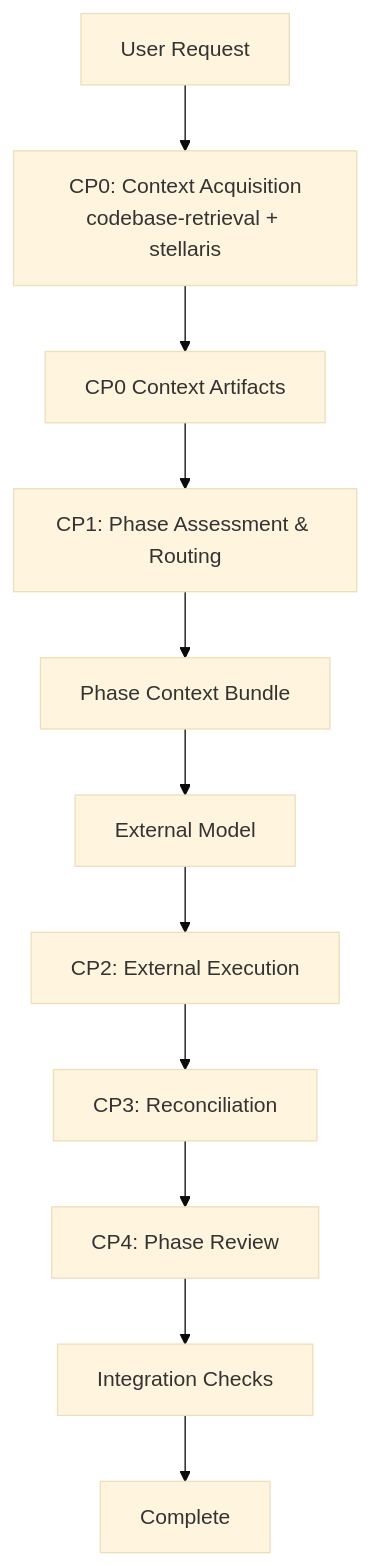
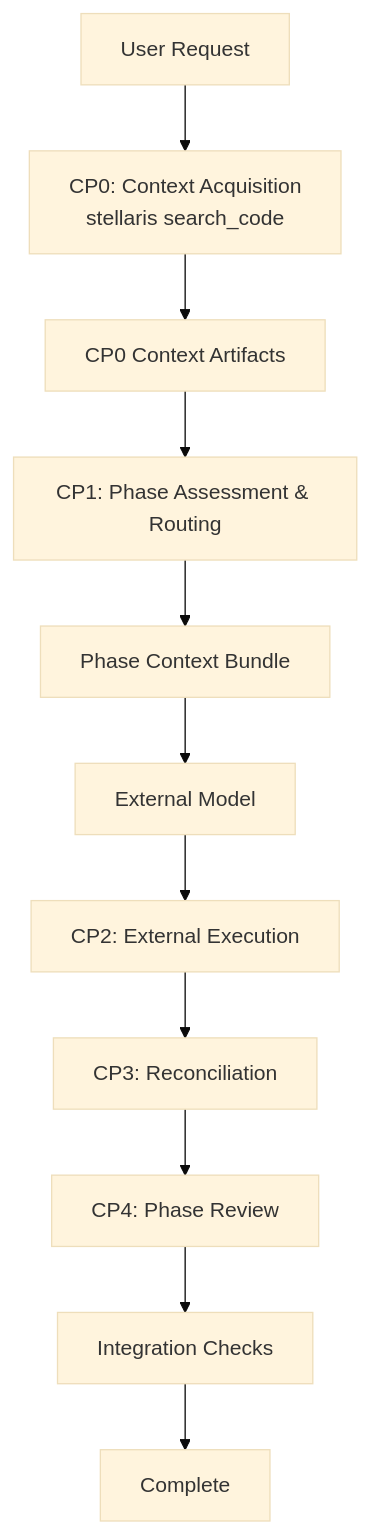
The third of 3 diagrams in plugin/docs/diagrams/ccg-workflow-architecture.md (sitien173/refract), drawn with Mermaid (base theme) before and after one commit. The commit also changed 18 other files, not shown here.

First line of the commit message:
feat(cp0): replace codebase-retrieval with stellaris as mandatory CP0 gate

````diff
--- a/plugin/docs/diagrams/ccg-workflow-architecture.md
+++ b/plugin/docs/diagrams/ccg-workflow-architecture.md
@@ -37,13 +37,13 @@
 ```mermaid
 flowchart TD
-    START[User Request] --> CP0[CP0: Context Acquisition<br/>codebase-retrieval + stellaris]
+    START[User Request] --> CP0[CP0: Context Acquisition<br/>stellaris search_code]
     CP0 --> ARTIFACTS[CP0 Context Artifacts]
     ARTIFACTS --> CP1[CP1: Phase Assessment & Routing]
     CP1 --> BUNDLE[Phase Context Bundle]
     BUNDLE --> MODEL[External Model]
     MODEL --> CP2[CP2: External Execution]
     CP2 --> CP3[CP3: Reconciliation]
     CP3 --> CP4[CP4: Phase Review]
     CP4 --> INTEGRATE[Integration Checks]
     INTEGRATE --> DONE[Complete]
 ```
````
